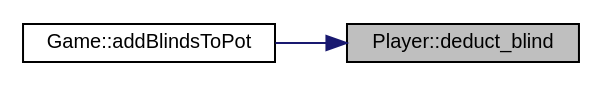
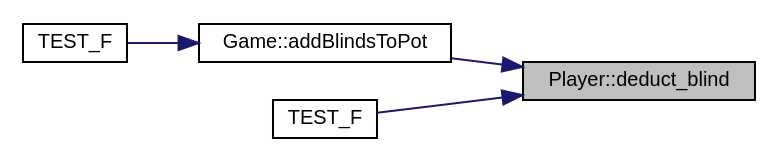
The diagram in class_player_a75a7946fcb64e122d5704754b6704ac3_icgraph.dot (jesstyrrell/cosc345), drawn with Graphviz before and after one commit. The commit also changed 332 other files, not shown here.

```diff
--- a/class_player_a75a7946fcb64e122d5704754b6704ac3_icgraph.dot
+++ b/class_player_a75a7946fcb64e122d5704754b6704ac3_icgraph.dot
@@ -1,11 +1,15 @@
 digraph "Player::deduct_blind"
 {
  // INTERACTIVE_SVG=YES
  // LATEX_PDF_SIZE
   edge [fontname="Helvetica",fontsize="10",labelfontname="Helvetica",labelfontsize="10"];
   node [fontname="Helvetica",fontsize="10",shape=record];
   rankdir="RL";
   Node1 [label="Player::deduct_blind",height=0.2,width=0.4,color="black", fillcolor="grey75", style="filled", fontcolor="black",tooltip="Deducts a blind amount from the player's stack."];
   Node1 -> Node2 [dir="back",color="midnightblue",fontsize="10",style="solid",fontname="Helvetica"];
   Node2 [label="Game::addBlindsToPot",height=0.2,width=0.4,color="black", fillcolor="white", style="filled",URL="$class_game.html#a2c46bbc0e0acda18575fc9a82481a95a",tooltip="Adds the blinds to the pot from the appropriate players."];
+  Node2 -> Node3 [dir="back",color="midnightblue",fontsize="10",style="solid",fontname="Helvetica"];
+  Node3 [label="TEST_F",height=0.2,width=0.4,color="black", fillcolor="white", style="filled",URL="$test___game_8cc.html#acdc11cf000318d581947c3894c0e5e25",tooltip=" "];
+  Node1 -> Node4 [dir="back",color="midnightblue",fontsize="10",style="solid",fontname="Helvetica"];
+  Node4 [label="TEST_F",height=0.2,width=0.4,color="black", fillcolor="white", style="filled",URL="$test___player_8cc.html#a3313d014406d3ddbea6c70e2909b54bf",tooltip=" "];
 }
```
